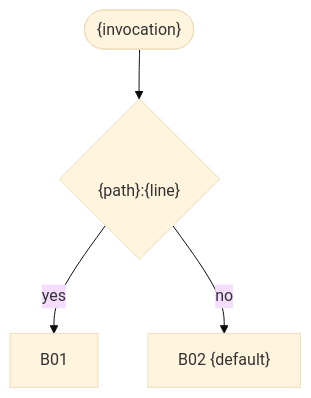
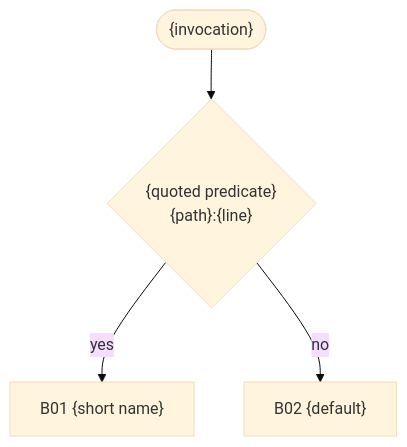
One commit to Uniterra-Solutions/pdd-software-development changed the diagram in skills/study/assets/AGENTS.template.md. Above: the diagram before and after it, drawn with Mermaid (base theme). The commit also changed other lines of this file and 5 other files, not shown here.

````diff
--- a/skills/study/assets/AGENTS.template.md
+++ b/skills/study/assets/AGENTS.template.md
@@ -29,10 +29,10 @@
 ```mermaid
 flowchart TD
   E1(["{invocation}"])
-  P1{"<quoted predicate><br/>{path}:{line}"}
-  B01["B01 <short name>"]
+  P1{"{quoted predicate}<br/>{path}:{line}"}
+  B01["B01 {short name}"]
   B02["B02 {default}"]
   E1 --> P1
   P1 -- "yes" --> B01
   P1 -- "no" --> B02
 ```
````
